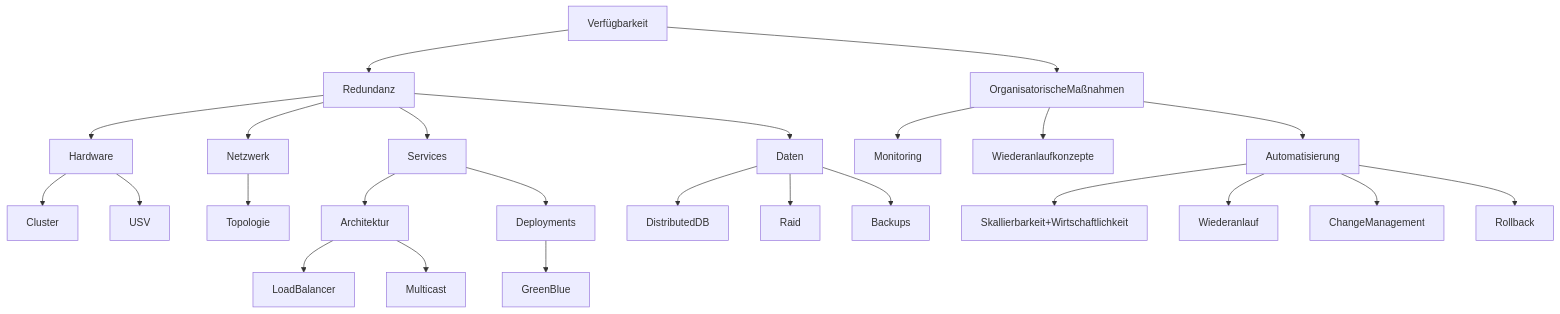
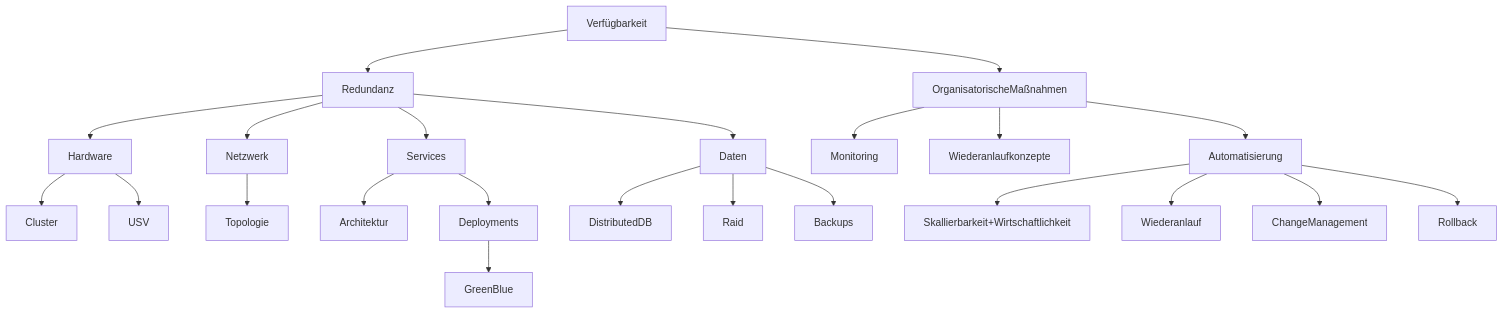
Before and after one commit to johannesloetzsch/LF10b: the first of 4 diagrams in src/verfuegbarkeit.md, drawn with Mermaid. The commit also changed other lines of this file and 1 other file, not shown here.

````diff
--- a/src/verfuegbarkeit.md
+++ b/src/verfuegbarkeit.md
@@ -3,26 +3,24 @@
 ```mermaid
 flowchart TB
   Verfügbarkeit --> Redundanz
   Redundanz --> Hardware
   Hardware --> Cluster
   Hardware --> USV
   Redundanz --> Netzwerk --> Topologie
   Redundanz --> Services
   Services --> Architektur
-  Architektur --> LoadBalancer
-  Architektur --> Multicast
   Services --> Deployments --> GreenBlue
   Redundanz --> Daten
   Daten --> DistributedDB
   Daten --> Raid
   Daten --> Backups
   Verfügbarkeit --> OrganisatorischeMaßnahmen
   OrganisatorischeMaßnahmen --> Monitoring
   OrganisatorischeMaßnahmen --> Wiederanlaufkonzepte
   OrganisatorischeMaßnahmen --> Automatisierung
   Automatisierung --> Skallierbarkeit+Wirtschaftlichkeit
   Skallierbarkeit+Wirtschaftlichkeit
   Automatisierung --> Wiederanlauf
   Automatisierung --> ChangeManagement
   Automatisierung --> Rollback
 ```
````
